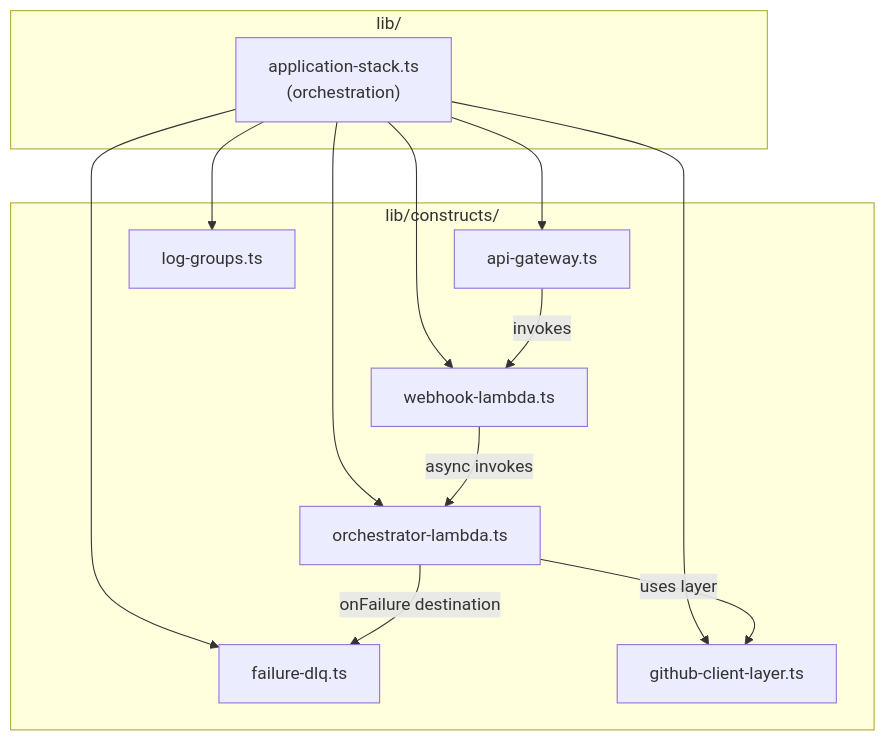
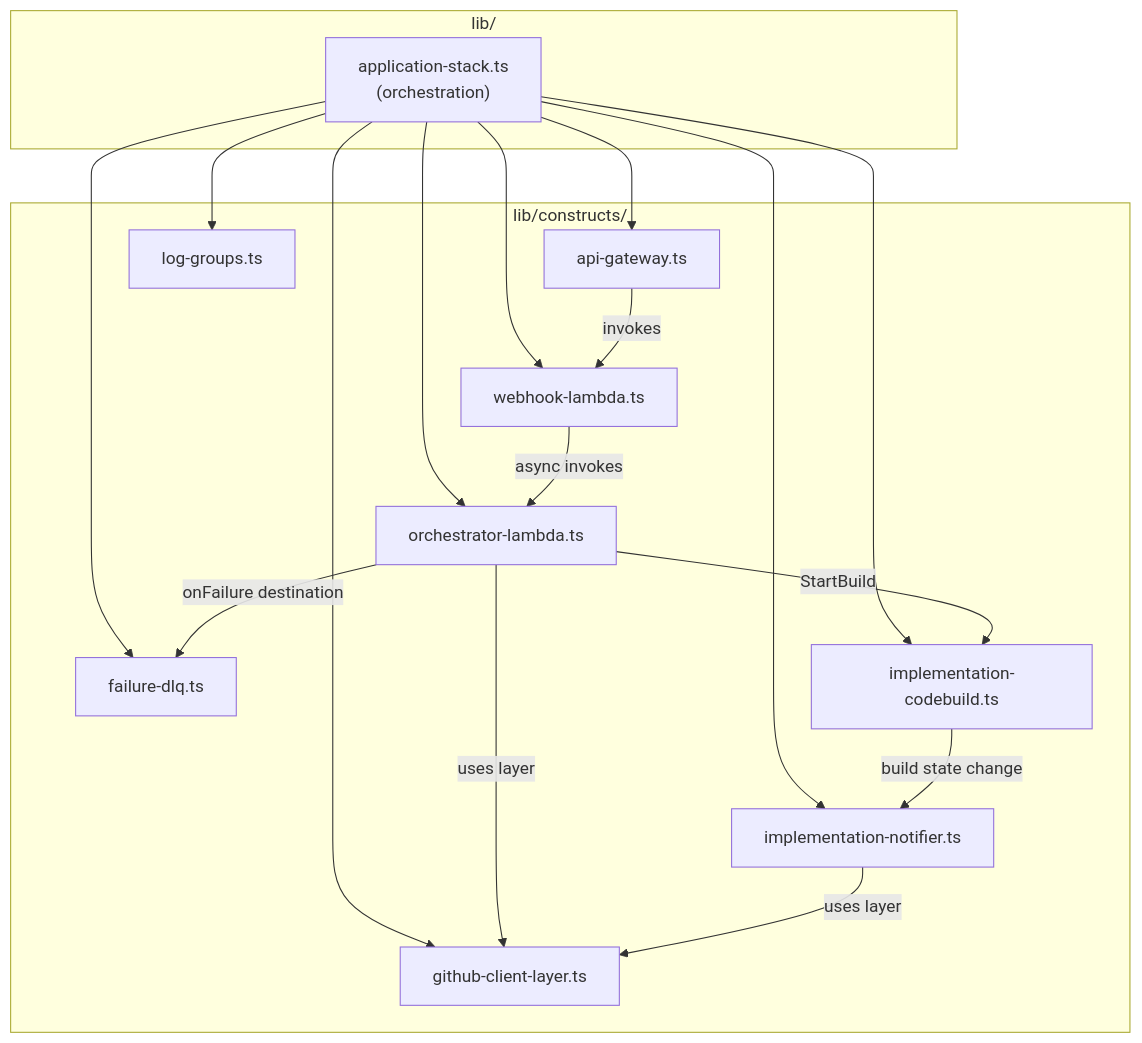
Before and after one commit to michaelp1985/ai-team-member: the diagram in application/docs/c4/03-component.md, drawn with Mermaid. The commit also changed other lines of this file and 25 other files, not shown here.

````diff
--- a/application/docs/c4/03-component.md
+++ b/application/docs/c4/03-component.md
@@ -5,27 +5,34 @@
 ```mermaid
 flowchart TD
     subgraph lib["lib/"]
         AS["application-stack.ts\n(orchestration)"]
     end
 
     subgraph constructs["lib/constructs/"]
         GW["api-gateway.ts"]
         WH["webhook-lambda.ts"]
         OL["orchestrator-lambda.ts"]
         DLQ["failure-dlq.ts"]
         Logs["log-groups.ts"]
         GHLayer["github-client-layer.ts"]
+        CB["implementation-codebuild.ts"]
+        Notifier["implementation-notifier.ts"]
     end
 
     AS --> GW
     AS --> WH
     AS --> OL
     AS --> DLQ
     AS --> Logs
     AS --> GHLayer
+    AS --> CB
+    AS --> Notifier
 
     GW -->|"invokes"| WH
     WH -->|"async invokes"| OL
     OL -->|"uses layer"| GHLayer
     OL -->|"onFailure destination"| DLQ
+    OL -->|"StartBuild"| CB
+    CB -->|"build state change"| Notifier
+    Notifier -->|"uses layer"| GHLayer
 ```
````
